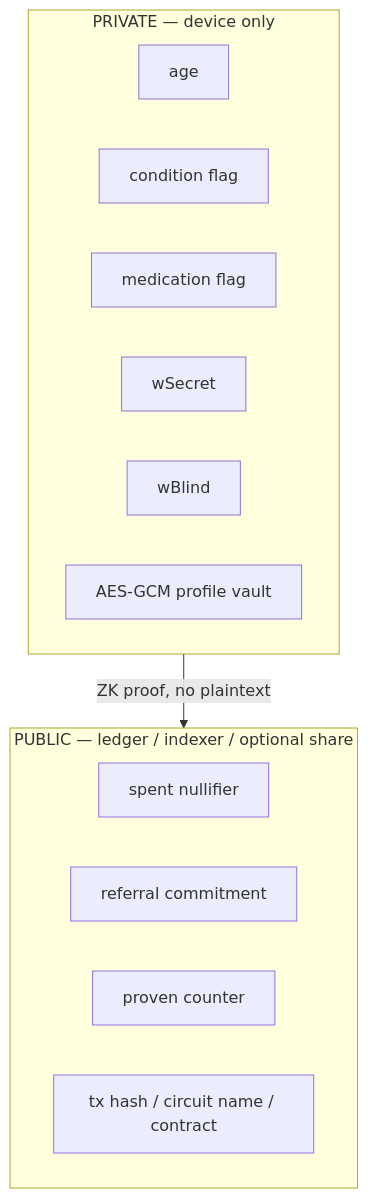
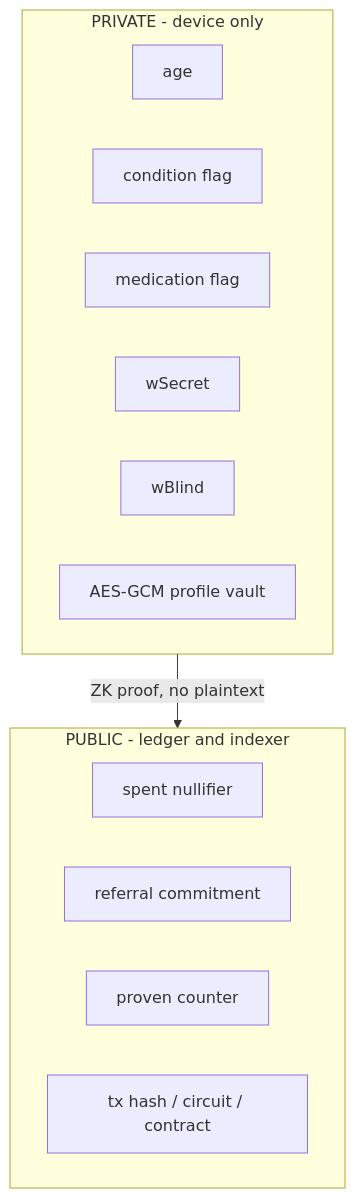
The second of 7 diagrams in README.md (Mr-Ben-dev/COHORT), drawn with Mermaid before and after one commit. The commit also changed other lines of this file and 7 other files, not shown here.

Commit message:
Ship Apache-2.0, GitHub-safe Mermaid, and drop FINAL_SETUP.md from the public tree.

````diff
--- a/README.md
+++ b/README.md
@@ -152,18 +152,18 @@
 ```mermaid
 flowchart TB
-  subgraph private [PRIVATE — device only]
-    Age[age]
-    Cond[condition flag]
-    Med[medication flag]
-    Sk[wSecret]
-    Blind[wBlind]
-    Profile[AES-GCM profile vault]
+  subgraph private["PRIVATE - device only"]
+    Age["age"]
+    Cond["condition flag"]
+    Med["medication flag"]
+    Sk["wSecret"]
+    Blind["wBlind"]
+    Profile["AES-GCM profile vault"]
   end
-  subgraph public [PUBLIC — ledger / indexer / optional share]
-    Nul[spent nullifier]
-    Ref[referral commitment]
-    Cnt[proven counter]
-    Meta[tx hash / circuit name / contract]
+  subgraph public["PUBLIC - ledger and indexer"]
+    Nul["spent nullifier"]
+    Ref["referral commitment"]
+    Cnt["proven counter"]
+    Meta["tx hash / circuit / contract"]
   end
-  private -->|ZK proof, no plaintext| public
+  private -->|"ZK proof, no plaintext"| public
 ```
````
